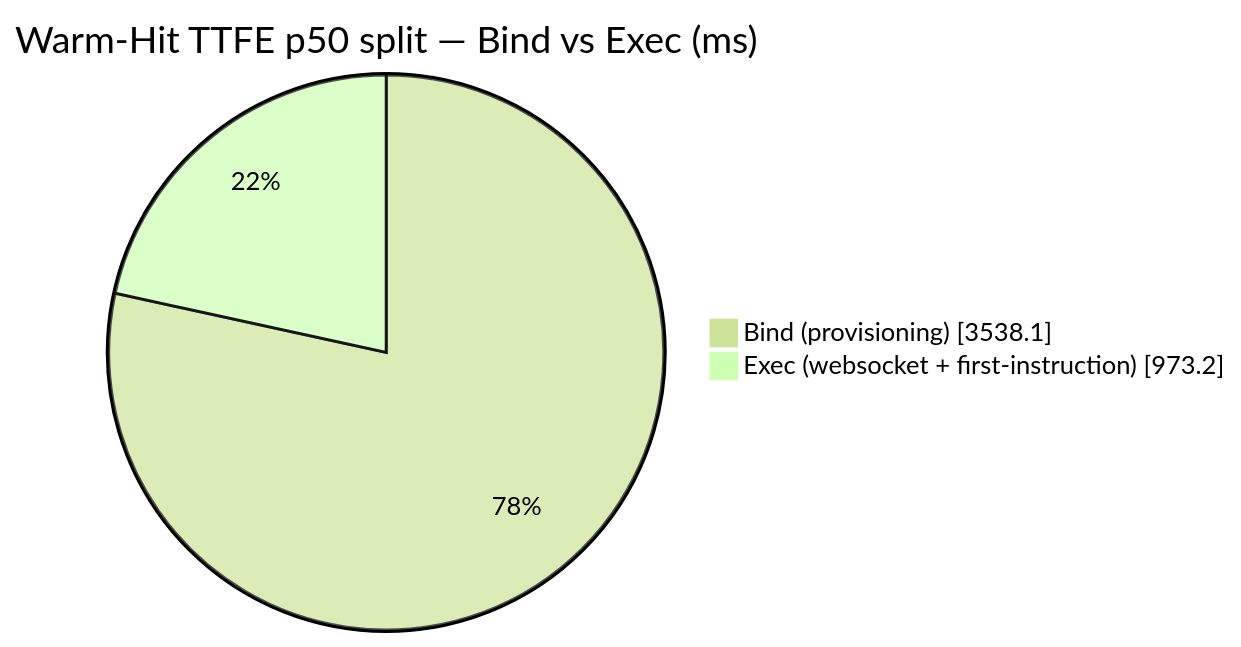
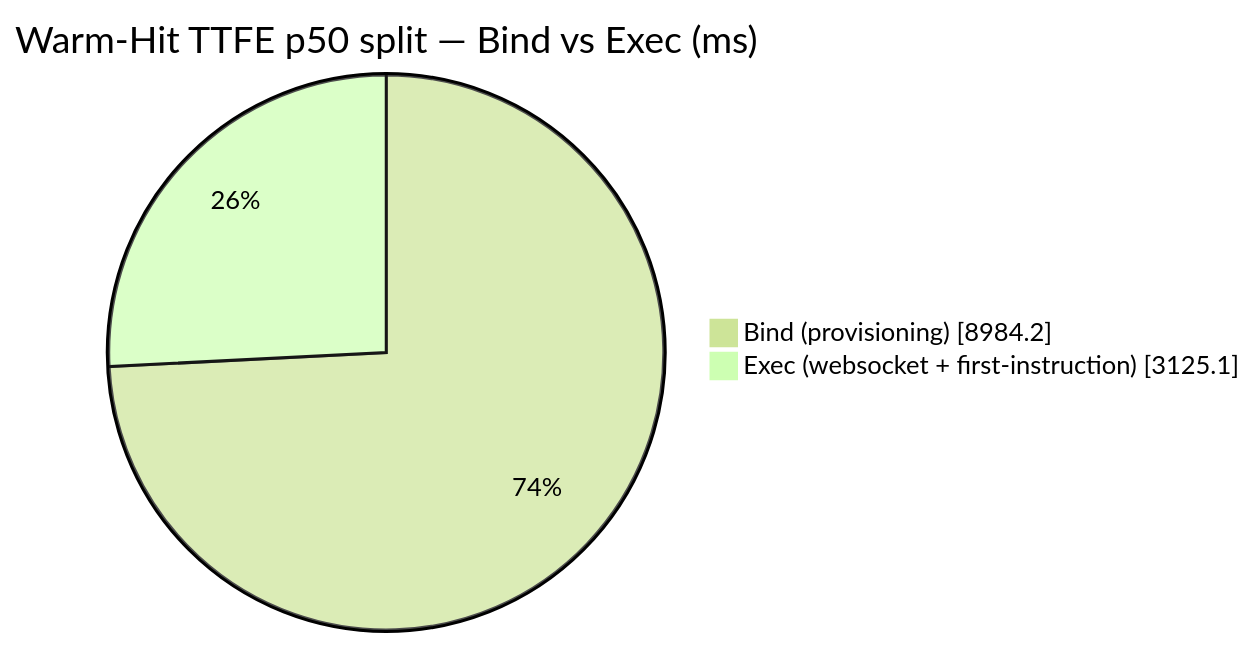
The diagram in DETAILS.md (AlexBulankou/honest-bench), drawn with Mermaid (forest theme) before and after one commit. The commit also changed other lines of this file and 4 other files, not shown here.

````diff
--- a/DETAILS.md
+++ b/DETAILS.md
@@ -98,6 +99,6 @@
 ```mermaid
 pie showData
     title Warm-Hit TTFE p50 split — Bind vs Exec (ms)
-    "Bind (provisioning)" : 3538.1
-    "Exec (websocket + first-instruction)" : 973.2
+    "Bind (provisioning)" : 8984.2
+    "Exec (websocket + first-instruction)" : 3125.1
 ```
````
